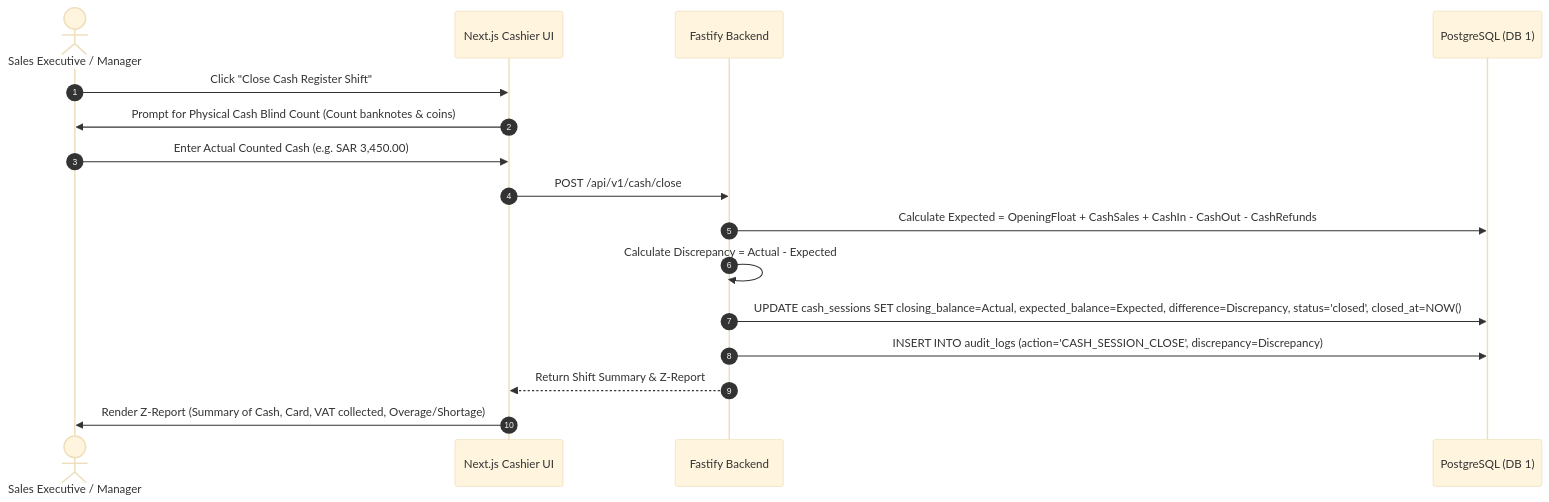
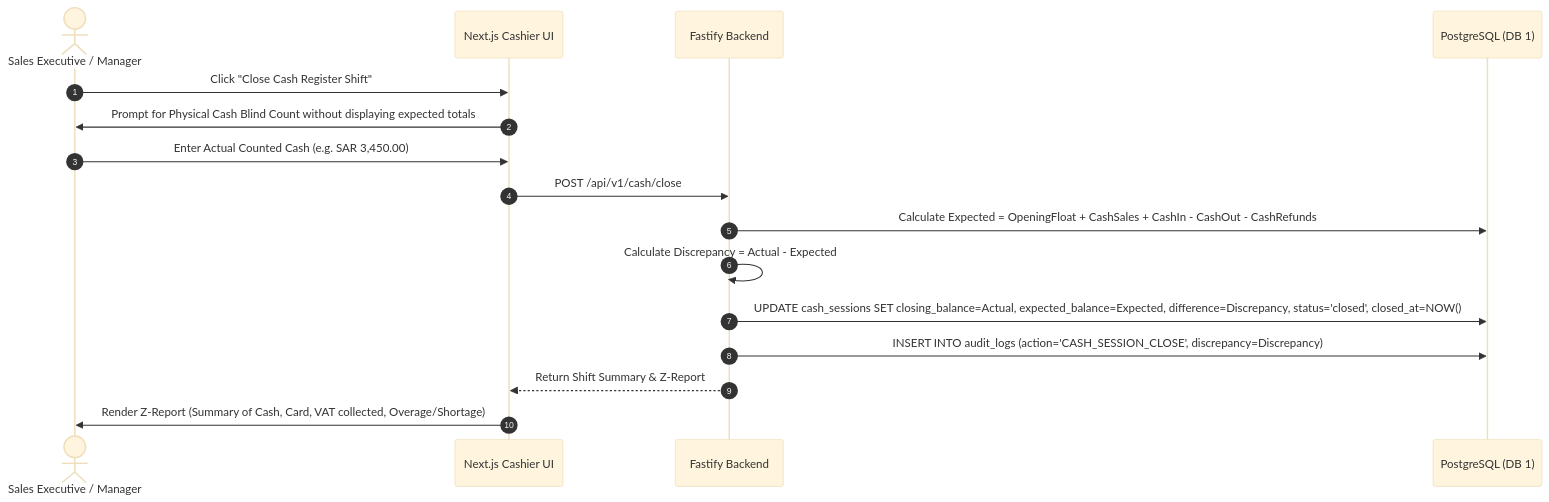
One commit to shamimhossenbadol/ShopManagementSystem changed the eighth of 8 diagrams in SystemDesign.md. Above: the diagram before and after it, drawn with Mermaid (base theme). The commit also changed other lines of this file and 51 other files, not shown here.

````diff
--- a/SystemDesign.md
+++ b/SystemDesign.md
@@ -351,21 +395,21 @@
 ```mermaid
 sequenceDiagram
     autonumber
     actor Cashier as Sales Executive / Manager
     participant UI as Next.js Cashier UI
     participant API as Fastify Backend
     participant DB as PostgreSQL (DB 1)
     
     Cashier->>UI: Click "Close Cash Register Shift"
-    UI->>Cashier: Prompt for Physical Cash Blind Count (Count banknotes & coins)
+    UI->>Cashier: Prompt for Physical Cash Blind Count without displaying expected totals
     Cashier->>UI: Enter Actual Counted Cash (e.g. SAR 3,450.00)
     UI->>API: POST /api/v1/cash/close
     
     API->>DB: Calculate Expected = OpeningFloat + CashSales + CashIn - CashOut - CashRefunds
     API->>API: Calculate Discrepancy = Actual - Expected
     API->>DB: UPDATE cash_sessions SET closing_balance=Actual, expected_balance=Expected, difference=Discrepancy, status='closed', closed_at=NOW()
     API->>DB: INSERT INTO audit_logs (action='CASH_SESSION_CLOSE', discrepancy=Discrepancy)
     
     API-->>UI: Return Shift Summary & Z-Report
     UI->>Cashier: Render Z-Report (Summary of Cash, Card, VAT collected, Overage/Shortage)
 ```
````
